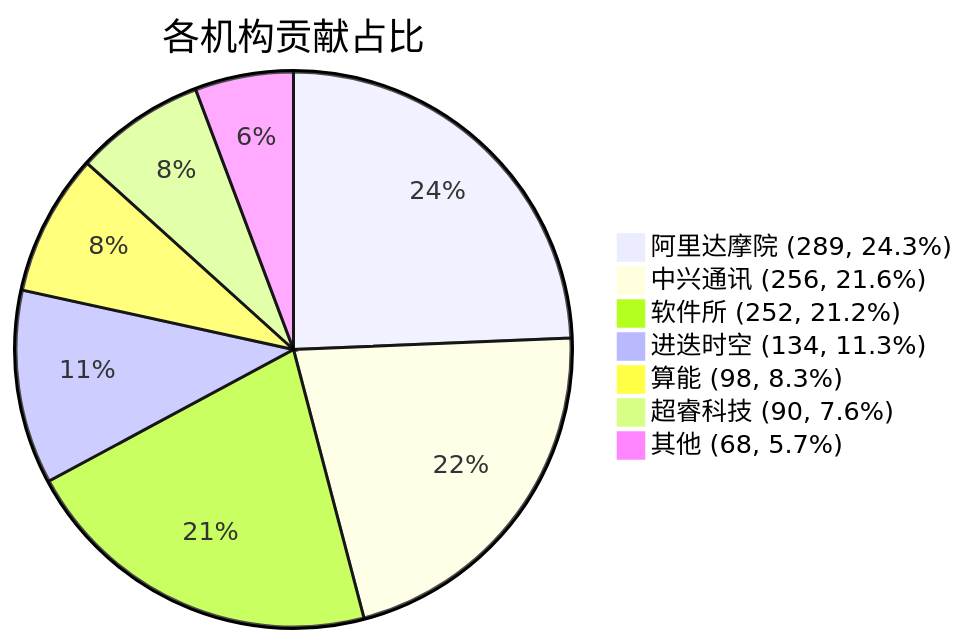
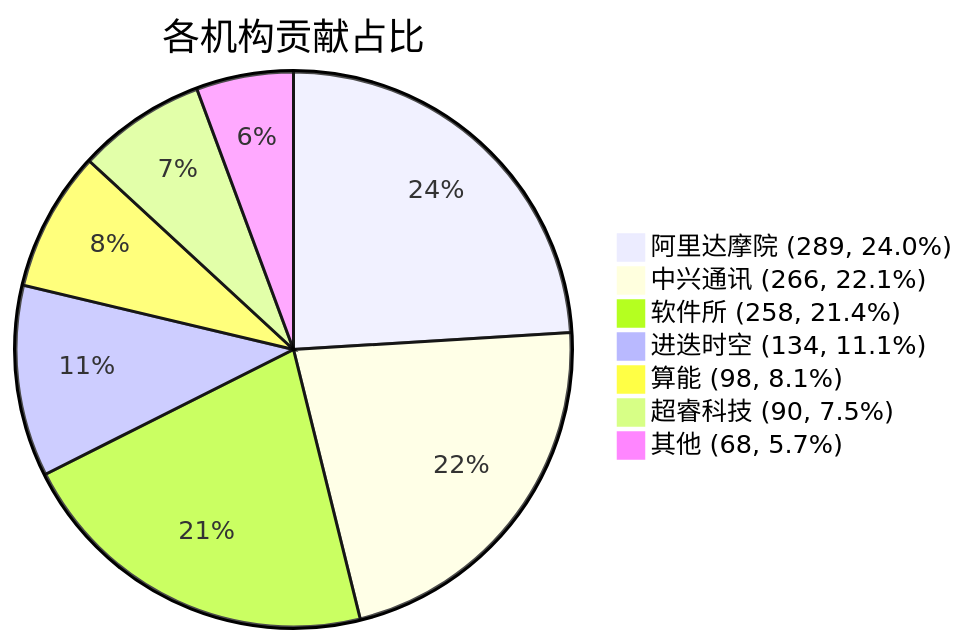
The diagram in docs/index.md (RVCK-Project/rvck), drawn with Mermaid before and after one commit. The commit also changed other lines of this file and 20 other files, not shown here.

````diff
--- a/docs/index.md
+++ b/docs/index.md
@@ -39,10 +39,10 @@
 ```mermaid
 pie title 各机构贡献占比
-    "阿里达摩院 (289, 24.3%)" : 289
-    "中兴通讯 (256, 21.6%)" : 256
-    "软件所 (252, 21.2%)" : 252
-    "进迭时空 (134, 11.3%)" : 134
-    "算能 (98, 8.3%)" : 98
-    "超睿科技 (90, 7.6%)" : 90
+    "阿里达摩院 (289, 24.0%)" : 289
+    "中兴通讯 (266, 22.1%)" : 266
+    "软件所 (258, 21.4%)" : 258
+    "进迭时空 (134, 11.1%)" : 134
+    "算能 (98, 8.1%)" : 98
+    "超睿科技 (90, 7.5%)" : 90
     "其他 (68, 5.7%)" : 68
 ```
````
